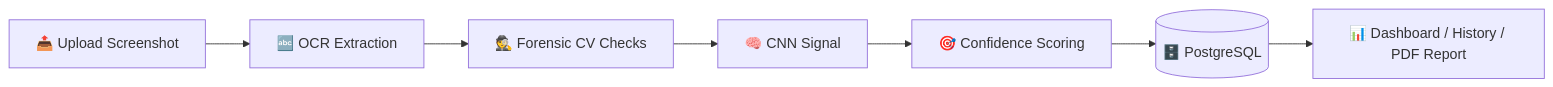
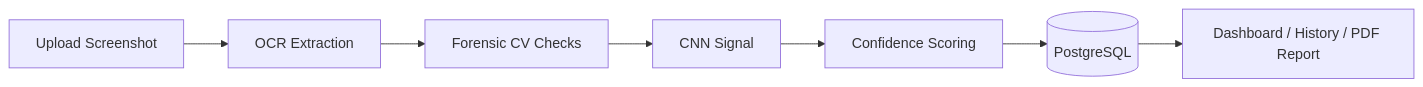
Before and after one commit to anand-muppirisetty/fake-payment-detector: the diagram in README.md, drawn with Mermaid. The commit also changed other lines of this file, not shown here.

````diff
--- a/README.md
+++ b/README.md
@@ -135,9 +135,9 @@
 ```mermaid
 flowchart LR
-    A[📤 Upload Screenshot] --> B[🔤 OCR Extraction]
-    B --> C[🕵️ Forensic CV Checks]
-    C --> D[🧠 CNN Signal]
-    D --> E[🎯 Confidence Scoring]
-    E --> F[(🗄️ PostgreSQL)]
-    F --> G[📊 Dashboard / History / PDF Report]
+    A[Upload Screenshot] --> B[OCR Extraction]
+    B --> C[Forensic CV Checks]
+    C --> D[CNN Signal]
+    D --> E[Confidence Scoring]
+    E --> F[(PostgreSQL)]
+    F --> G[Dashboard / History / PDF Report]
 ```
````
